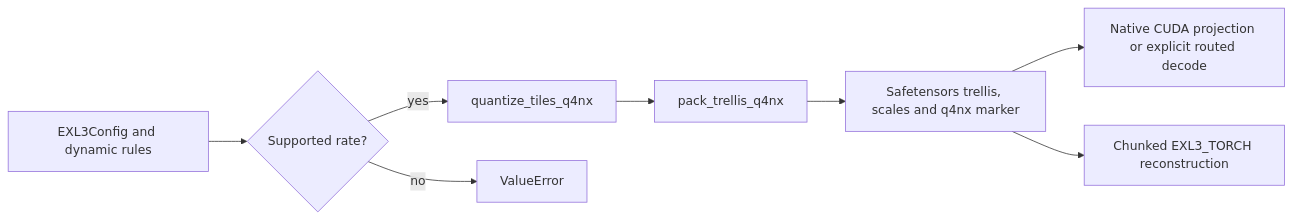
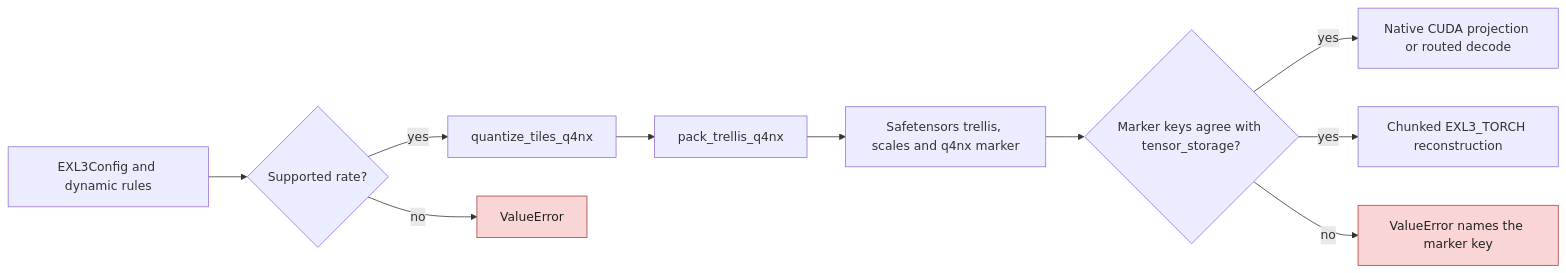
One commit to ModelCloud/GPTQModel changed the first of 2 diagrams in docs/exl3-native-decode.md. Above: the diagram before and after it, drawn with Mermaid. The commit also changed other lines of this file and 8 other files, not shown here.

Commit message:
Guard Flash routed ranges and document EXL3 follow-up

````diff
--- a/docs/exl3-native-decode.md
+++ b/docs/exl3-native-decode.md
@@ -55,10 +55,14 @@
 ```mermaid
 flowchart LR
     C["EXL3Config and dynamic rules"] --> R{"Supported rate?"}
     R -->|yes| V["quantize_tiles_q4nx"]
     R -->|no| E["ValueError"]
     V --> P["pack_trellis_q4nx"]
     P --> S["Safetensors trellis, scales and q4nx marker"]
-    S --> G["Native CUDA projection or explicit routed decode"]
-    S --> T["Chunked EXL3_TORCH reconstruction"]
+    S --> L{"Marker keys agree with tensor_storage?"}
+    L -->|yes| G["Native CUDA projection or routed decode"]
+    L -->|yes| T["Chunked EXL3_TORCH reconstruction"]
+    L -->|no| F["ValueError names the marker key"]
+    classDef error fill:#f9d5d5,stroke:#af3b3b,color:#222
+    class E,F error
 ```
````
